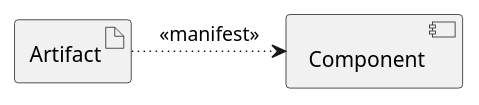
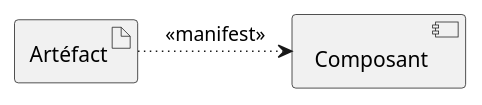
Before and after one commit to gigl-uml/Guide_uml_polymtl: the diagram in plant_uml/manifestationRelationshipExample.plantuml, drawn with PlantUML. The commit also changed 9 other files, not shown here.

```diff
--- a/plant_uml/manifestationRelationshipExample.plantuml
+++ b/plant_uml/manifestationRelationshipExample.plantuml
@@ -1,8 +1,8 @@
 @startuml
 skinparam backgroundcolor transparent
-artifact Artifact
-component Component
+artifact Artéfact
+component Composant
 
-Artifact -[dotted]r-> Component : <<manifest>>
+Artéfact -[dotted]r-> Composant : <<manifest>>
 
 @enduml
```
